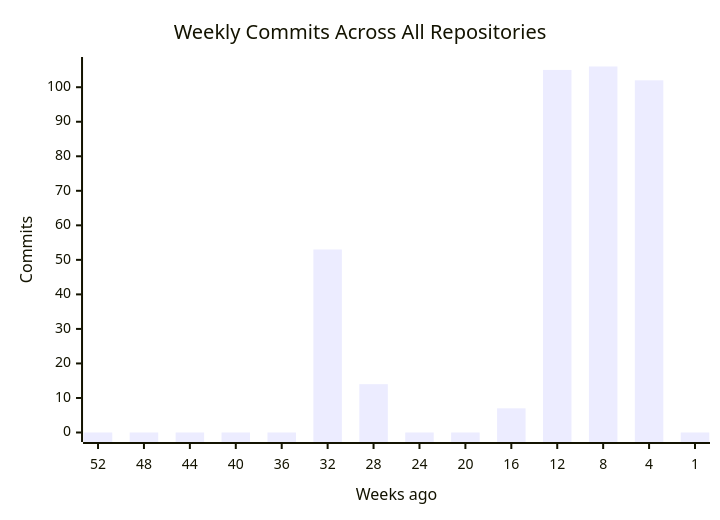
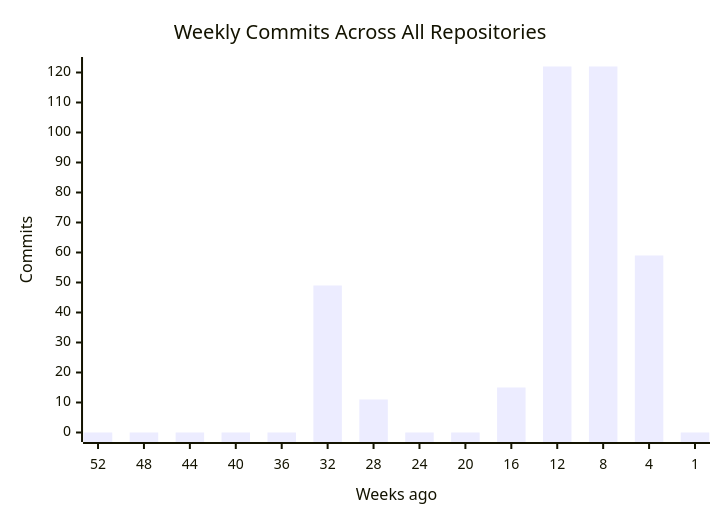
The first of 4 diagrams in profile/README.md (CSTH-Projects/.github), drawn with Mermaid before and after one commit. The commit also changed other lines of this file, not shown here.

````diff
--- a/profile/README.md
+++ b/profile/README.md
@@ -16,7 +16,7 @@
 ```mermaid
 xychart-beta
     title "Weekly Commits Across All Repositories"
     x-axis "Weeks ago" [52, 48, 44, 40, 36, 32, 28, 24, 20, 16, 12, 8, 4, 1]
     y-axis "Commits"
-    bar [0, 0, 0, 0, 0, 53, 14, 0, 0, 7, 105, 106, 102, 0]
+    bar [0, 0, 0, 0, 0, 49, 11, 0, 0, 15, 122, 122, 59, 0]
 ```
````
